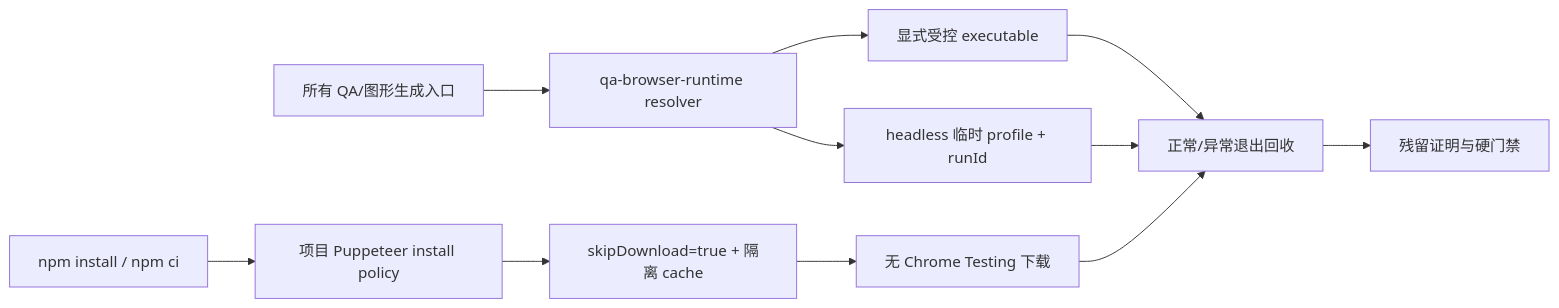
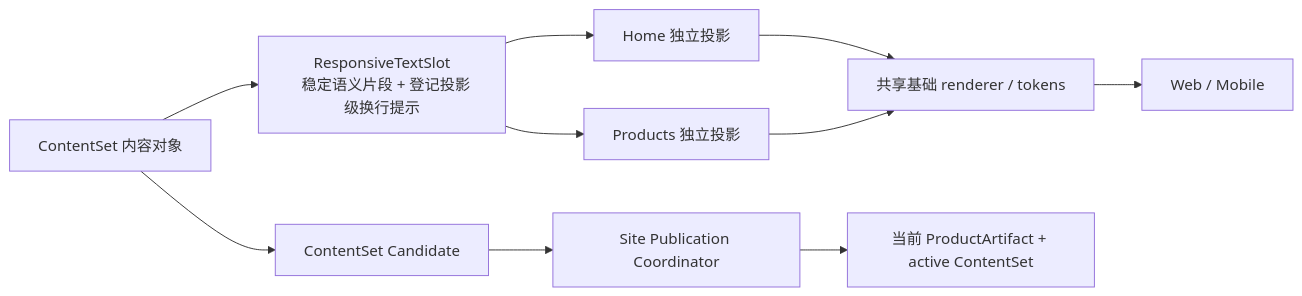
The diagram in docs/iterations/current.md (xingbuild/xingbuild), drawn with Mermaid before and after one commit. The commit also changed other lines of this file and 24 other files, not shown here.

Commit message:
feat: add responsive content text slots

````diff
--- a/docs/iterations/current.md
+++ b/docs/iterations/current.md
@@ -15,13 +15,13 @@
 ```mermaid
 flowchart LR
-  A[npm install / npm ci] --> B[项目 Puppeteer install policy]
-  B --> C[skipDownload=true + 隔离 cache]
-  C --> D[无 Chrome Testing 下载]
-  E[所有 QA/图形生成入口] --> F[qa-browser-runtime resolver]
-  F --> G[显式受控 executable]
-  F --> H[headless 临时 profile + runId]
-  G --> I[正常/异常退出回收]
-  H --> I
-  D --> I
-  I --> J[残留证明与硬门禁]
+  A[ContentSet 内容对象] --> B[ResponsiveTextSlot
+  稳定语义片段 + 登记投影级换行提示]
+  B --> C[Home 独立投影]
+  B --> D[Products 独立投影]
+  C --> E[共享基础 renderer / tokens]
+  D --> E
+  E --> F[Web / Mobile]
+  A --> G[ContentSet Candidate]
+  G --> H[Site Publication Coordinator]
+  H --> I[当前 ProductArtifact + active ContentSet]
 ```
````
